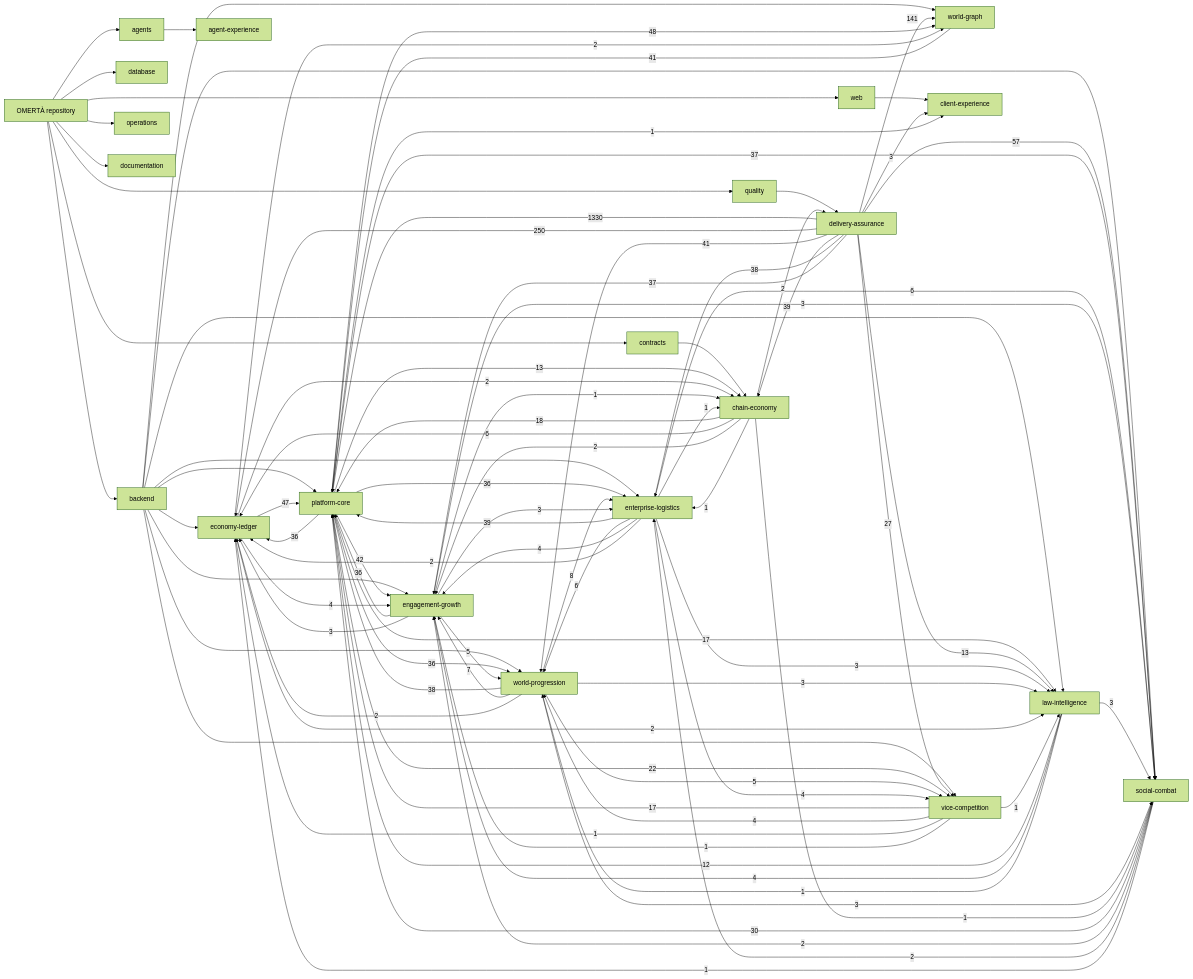
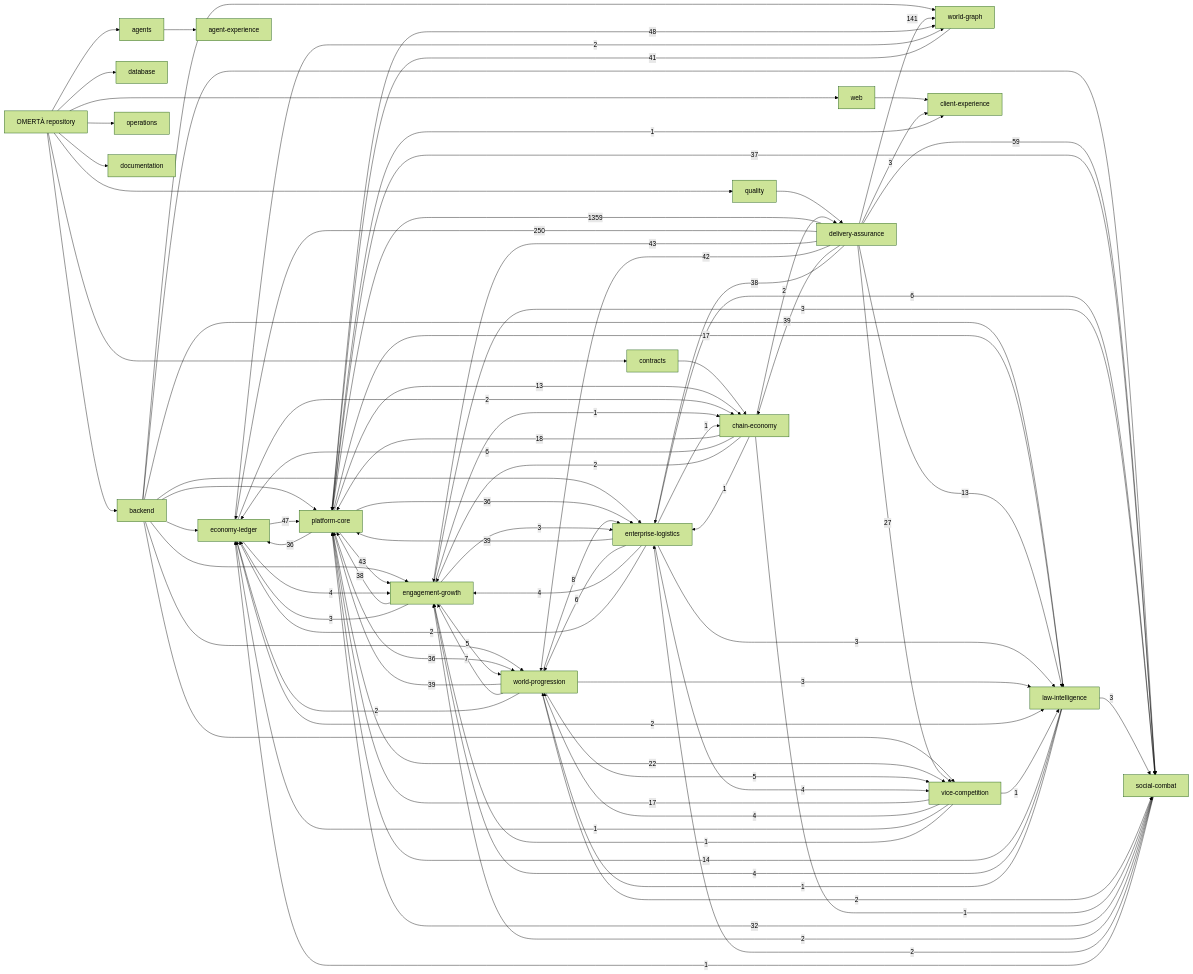
One commit to OmertaDev/Omerta changed the diagram in knowledge/generated/graph.mmd. Above: the diagram before and after it, drawn with Mermaid (forest theme). The commit also changed 8 other files, not shown here.

```diff
--- a/knowledge/generated/graph.mmd
+++ b/knowledge/generated/graph.mmd
@@ -1,111 +1,111 @@
 flowchart LR
   repo["OMERTÀ repository"]
   sub_backend["backend"]
   repo --> sub_backend
   sub_database["database"]
   repo --> sub_database
   sub_web["web"]
   repo --> sub_web
   sub_contracts["contracts"]
   repo --> sub_contracts
   sub_agents["agents"]
   repo --> sub_agents
   sub_quality["quality"]
   repo --> sub_quality
   sub_operations["operations"]
   repo --> sub_operations
   sub_documentation["documentation"]
   repo --> sub_documentation
   dom_platform-core["platform-core"]
   dom_economy-ledger["economy-ledger"]
   dom_social-combat["social-combat"]
   dom_world-progression["world-progression"]
   dom_world-graph["world-graph"]
   dom_enterprise-logistics["enterprise-logistics"]
   dom_vice-competition["vice-competition"]
   dom_law-intelligence["law-intelligence"]
   dom_chain-economy["chain-economy"]
   dom_engagement-growth["engagement-growth"]
   dom_client-experience["client-experience"]
   dom_agent-experience["agent-experience"]
   dom_delivery-assurance["delivery-assurance"]
   sub_agents --> dom_agent-experience
   sub_backend --> dom_economy-ledger
   sub_backend --> dom_engagement-growth
   sub_backend --> dom_enterprise-logistics
   sub_backend --> dom_law-intelligence
   sub_backend --> dom_platform-core
   sub_backend --> dom_social-combat
   sub_backend --> dom_vice-competition
   sub_backend --> dom_world-graph
   sub_backend --> dom_world-progression
   sub_contracts --> dom_chain-economy
   sub_quality --> dom_delivery-assurance
   sub_web --> dom_client-experience
-  dom_delivery-assurance -->|1330| dom_platform-core
+  dom_delivery-assurance -->|1359| dom_platform-core
   dom_delivery-assurance -->|250| dom_economy-ledger
   dom_delivery-assurance -->|141| dom_world-graph
-  dom_delivery-assurance -->|57| dom_social-combat
+  dom_delivery-assurance -->|59| dom_social-combat
   dom_platform-core -->|48| dom_world-graph
   dom_economy-ledger -->|47| dom_platform-core
-  dom_platform-core -->|42| dom_engagement-growth
-  dom_delivery-assurance -->|41| dom_world-progression
+  dom_delivery-assurance -->|43| dom_engagement-growth
+  dom_platform-core -->|43| dom_engagement-growth
+  dom_delivery-assurance -->|42| dom_world-progression
   dom_world-graph -->|41| dom_platform-core
   dom_delivery-assurance -->|39| dom_chain-economy
   dom_enterprise-logistics -->|39| dom_platform-core
+  dom_world-progression -->|39| dom_platform-core
   dom_delivery-assurance -->|38| dom_enterprise-logistics
-  dom_world-progression -->|38| dom_platform-core
-  dom_delivery-assurance -->|37| dom_engagement-growth
+  dom_engagement-growth -->|38| dom_platform-core
   dom_platform-core -->|37| dom_social-combat
-  dom_engagement-growth -->|36| dom_platform-core
   dom_platform-core -->|36| dom_economy-ledger
   dom_platform-core -->|36| dom_enterprise-logistics
   dom_platform-core -->|36| dom_world-progression
-  dom_social-combat -->|30| dom_platform-core
+  dom_social-combat -->|32| dom_platform-core
   dom_delivery-assurance -->|27| dom_vice-competition
   dom_platform-core -->|22| dom_vice-competition
   dom_chain-economy -->|18| dom_platform-core
   dom_platform-core -->|17| dom_law-intelligence
   dom_vice-competition -->|17| dom_platform-core
+  dom_law-intelligence -->|14| dom_platform-core
   dom_delivery-assurance -->|13| dom_law-intelligence
   dom_platform-core -->|13| dom_chain-economy
-  dom_law-intelligence -->|12| dom_platform-core
   dom_world-progression -->|8| dom_enterprise-logistics
   dom_world-progression -->|7| dom_engagement-growth
   dom_chain-economy -->|6| dom_economy-ledger
   dom_enterprise-logistics -->|6| dom_social-combat
   dom_enterprise-logistics -->|6| dom_world-progression
   dom_engagement-growth -->|5| dom_world-progression
   dom_world-progression -->|5| dom_vice-competition
   dom_economy-ledger -->|4| dom_engagement-growth
   dom_enterprise-logistics -->|4| dom_engagement-growth
   dom_enterprise-logistics -->|4| dom_vice-competition
   dom_law-intelligence -->|4| dom_engagement-growth
   dom_vice-competition -->|4| dom_world-progression
   dom_delivery-assurance -->|3| dom_client-experience
   dom_engagement-growth -->|3| dom_economy-ledger
   dom_engagement-growth -->|3| dom_enterprise-logistics
   dom_engagement-growth -->|3| dom_social-combat
   dom_enterprise-logistics -->|3| dom_law-intelligence
   dom_law-intelligence -->|3| dom_social-combat
   dom_world-progression -->|3| dom_law-intelligence
-  dom_world-progression -->|3| dom_social-combat
   dom_chain-economy -->|2| dom_delivery-assurance
   dom_chain-economy -->|2| dom_engagement-growth
   dom_economy-ledger -->|2| dom_chain-economy
   dom_economy-ledger -->|2| dom_law-intelligence
   dom_economy-ledger -->|2| dom_world-graph
   dom_enterprise-logistics -->|2| dom_economy-ledger
   dom_social-combat -->|2| dom_engagement-growth
   dom_social-combat -->|2| dom_enterprise-logistics
   dom_world-progression -->|2| dom_economy-ledger
+  dom_world-progression -->|2| dom_social-combat
   dom_chain-economy -->|1| dom_enterprise-logistics
   dom_chain-economy -->|1| dom_social-combat
   dom_engagement-growth -->|1| dom_chain-economy
   dom_enterprise-logistics -->|1| dom_chain-economy
   dom_law-intelligence -->|1| dom_world-progression
   dom_platform-core -->|1| dom_client-experience
   dom_social-combat -->|1| dom_economy-ledger
   dom_vice-competition -->|1| dom_economy-ledger
   dom_vice-competition -->|1| dom_engagement-growth
   dom_vice-competition -->|1| dom_law-intelligence
```
